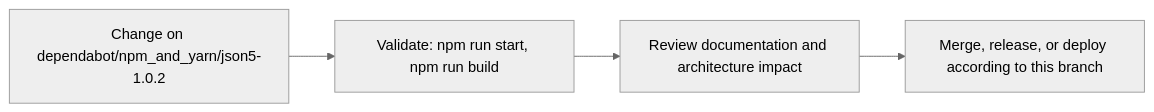
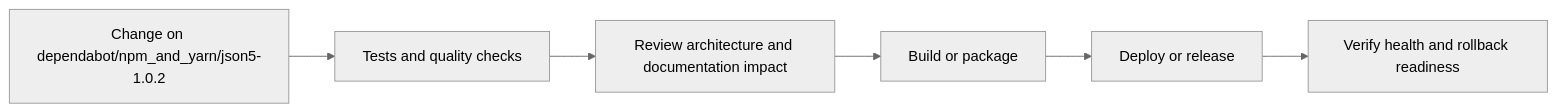
Before and after one commit to Nischhalsubba/Personal-Website: the fourth of 5 diagrams in README.md, drawn with Mermaid (neutral theme). The commit also changed other lines of this file, not shown here.

````diff
--- a/README.md
+++ b/README.md
@@ -62,8 +134,8 @@
 ```mermaid
 flowchart LR
-    CHANGE["Change on dependabot/npm_and_yarn/json5-1.0.2"]
-    CHECK["Validate: npm run start, npm run build"]
-    REVIEW["Review documentation and architecture impact"]
-    RELEASE["Merge, release, or deploy according to this branch"]
-    CHANGE --> CHECK --> REVIEW --> RELEASE
+    CHANGE["Change on dependabot/npm_and_yarn/json5-1.0.2"] --> CHECK["Tests and quality checks"]
+    CHECK --> REVIEW["Review architecture and documentation impact"]
+    REVIEW --> BUILD["Build or package"]
+    BUILD --> DEPLOY["Deploy or release"]
+    DEPLOY --> VERIFY["Verify health and rollback readiness"]
 ```
````
